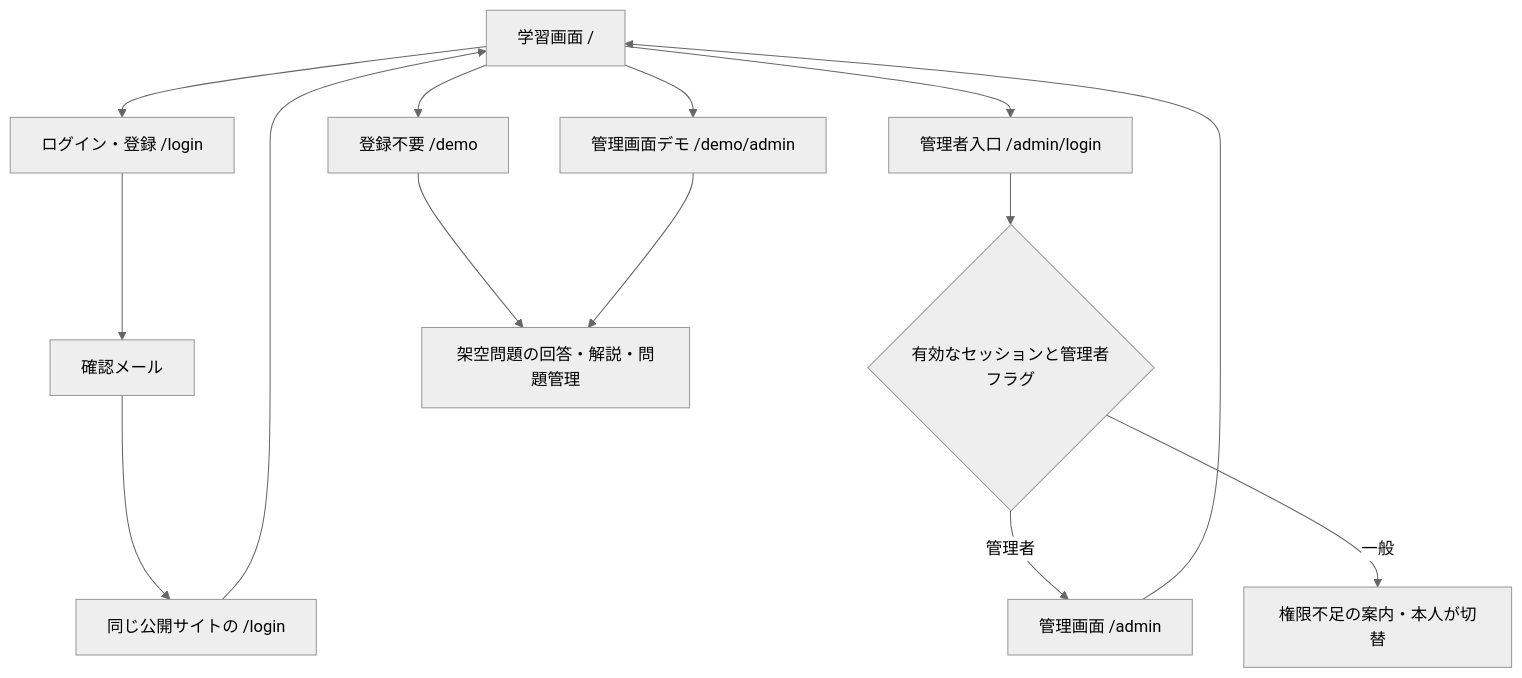
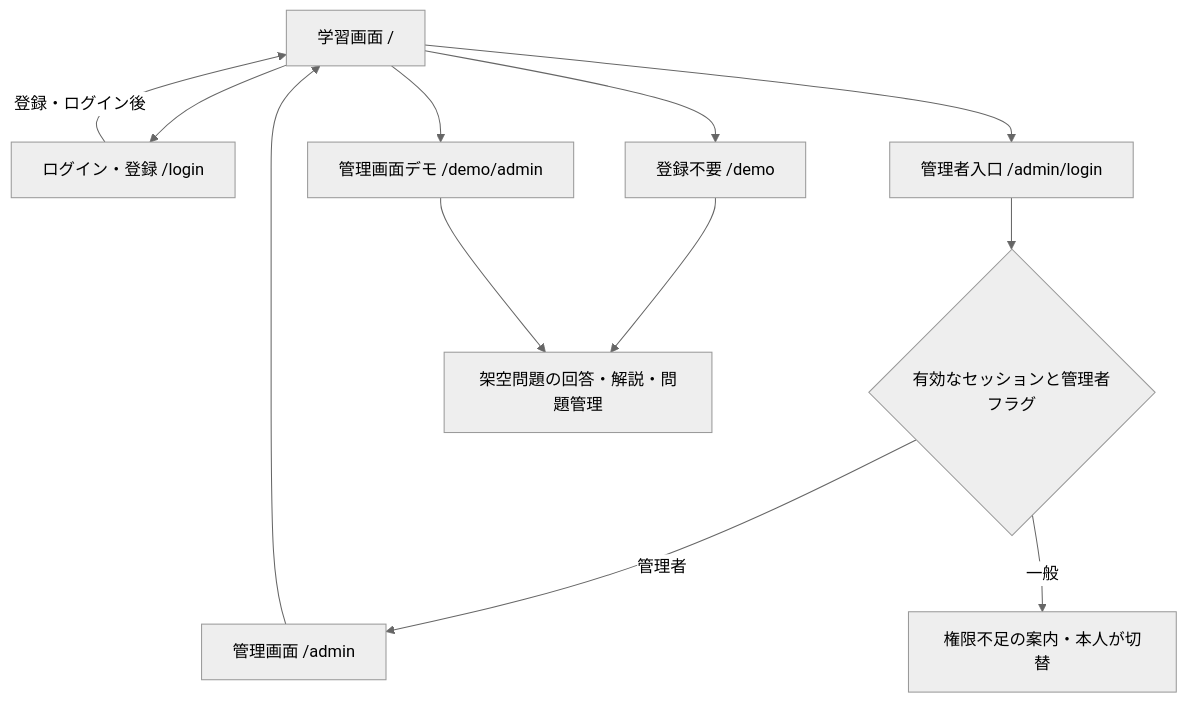
The first of 2 diagrams in docs/final-design.md (bonbabo108/codestep), drawn with Mermaid (neutral theme) before and after one commit. The commit also changed other lines of this file, not shown here.

````diff
--- a/docs/final-design.md
+++ b/docs/final-design.md
@@ -24,16 +22,14 @@
 ```mermaid
 flowchart TD
   H[学習画面 /] --> L[ログイン・登録 /login]
-  L --> M[確認メール]
-  M --> V[同じ公開サイトの /login]
-  V --> H
+  L -->|登録・ログイン後| H
   H --> A[管理者入口 /admin/login]
   A --> C{有効なセッションと管理者フラグ}
   C -->|管理者| Q[管理画面 /admin]
   C -->|一般| N[権限不足の案内・本人が切替]
   Q --> H
   H --> D[登録不要 /demo]
   D --> S[架空問題の回答・解説・問題管理]
   H --> AD[管理画面デモ /demo/admin]
   AD --> S
 ```
````
